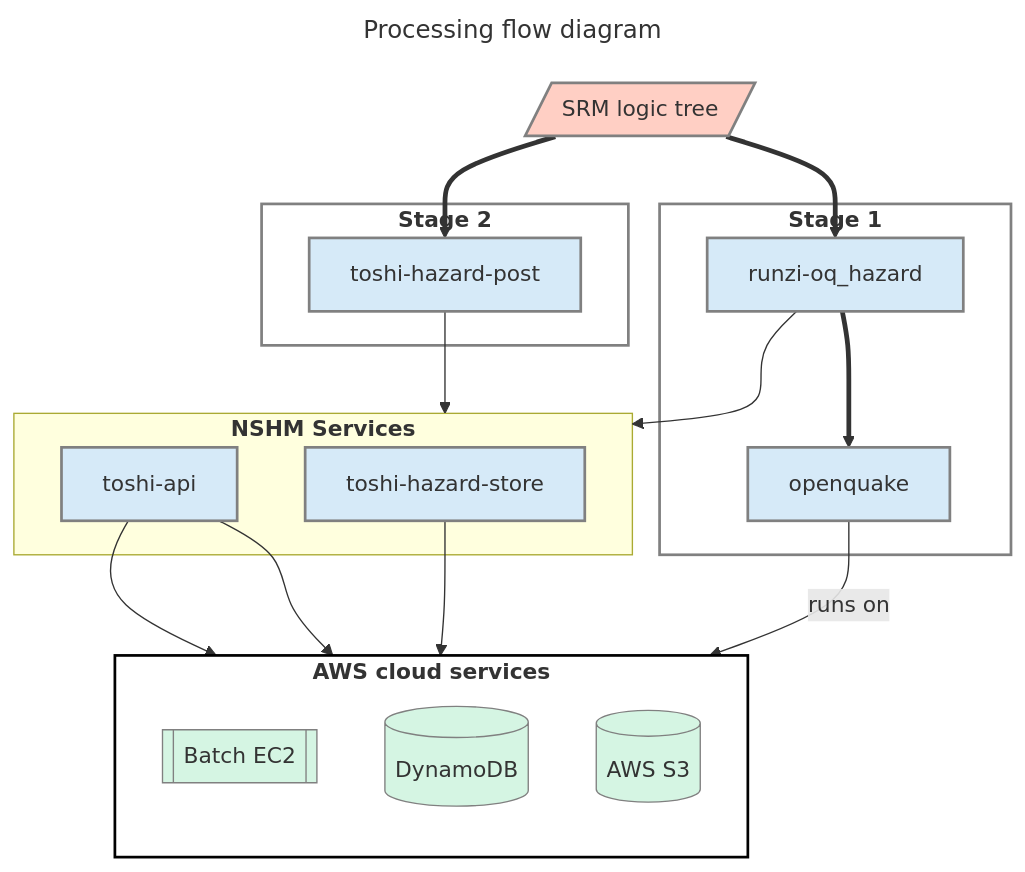
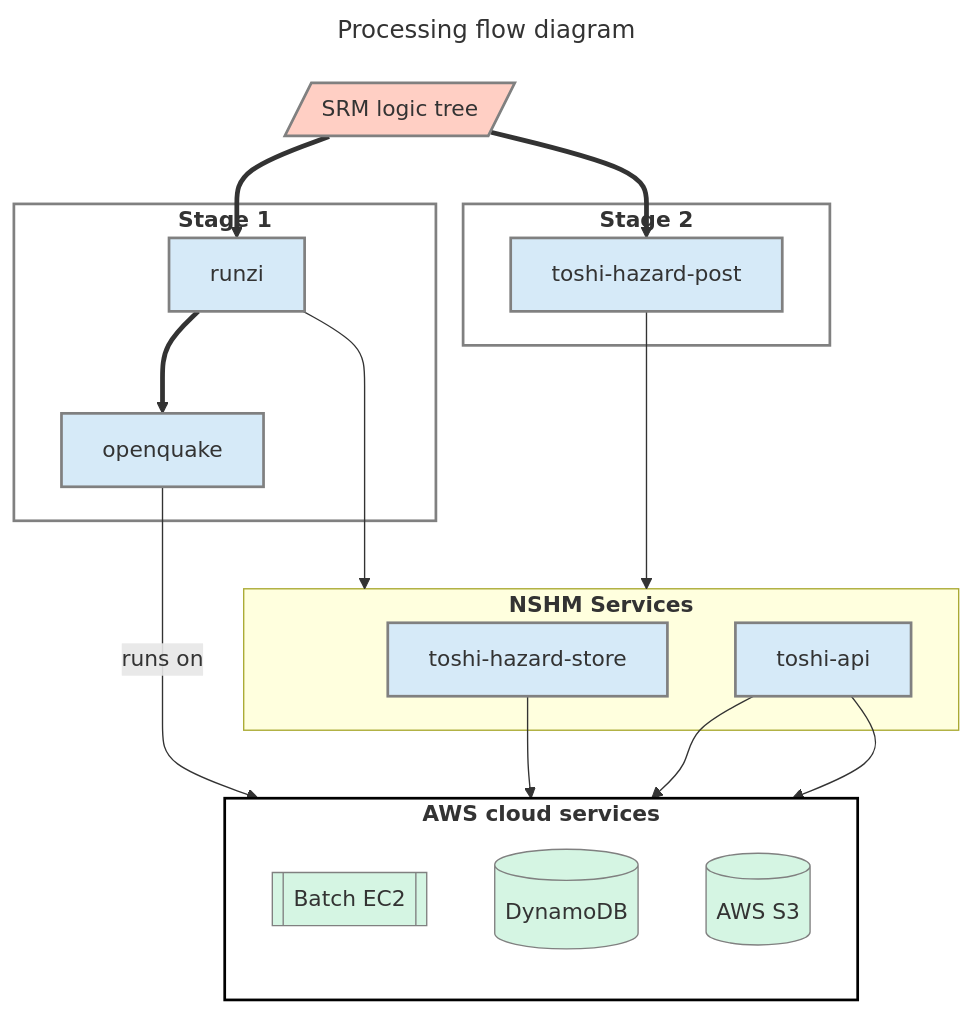
One commit to GNS-Science/nzshm-hazlab changed the diagram in scratch/hazard_flowchart.md. Above: the diagram before and after it, drawn with Mermaid. The commit also changed other lines of this file and 6 other files, not shown here.

````diff
--- a/scratch/hazard_flowchart.md
+++ b/scratch/hazard_flowchart.md
@@ -8,50 +9,50 @@
 ```mermaid
 ---
 title: Processing flow diagram
 ---
 %%{ init: { 'flowchart': { 'curve': 'basis' } } }%%
 flowchart 
     classDef node fill: #d6eaf8 , stroke:gray,stroke-width:2px;
     classDef box fill:white, stroke:black,stroke-width:2px;
     classDef box2 fill:white, stroke:gray,stroke-width:2px;
     classDef doc fill:#ffcfc4;
 
     subgraph K["`**AWS cloud services**`"]
         direction TB
         batch[[Batch EC2]]
         dynamoDB[(DynamoDB)]
         s3[("AWS S3")]
         class batch,s3,dynamoDB AWS;
         classDef AWS fill:  #d5f5e3 , stroke:gray,stroke-width:1px;
     end
 
     subgraph J["`**NSHM Services**`"]
         ths[toshi-hazard-store]
         tapi[toshi-api] 
     end        
 
     %% subgraph P["`**Processing stages**`"]
         slt[/SRM logic tree/]:::doc
         
         subgraph S1["`**Stage 1**`"]
-         roh[runzi-oq_hazard]
+         roh[runzi]
          oq[openquake]
          roh ==> oq
          %% style slt fill:cyan
         end
         subgraph S2["`**Stage  2**`"]
          thp[toshi-hazard-post]
         end
     %%end
     %% apply styles to subgraphs
     class K,J,P box
     class S1,S2 box2
 
     %% links
     slt ==> roh & thp
     tapi --> dynamoDB & s3
     ths --> dynamoDB
     oq -- runs on --> batch
-    roh --> J
-    thp --> J 
+    roh ---> J
+    thp ---> J 
 ```
````
